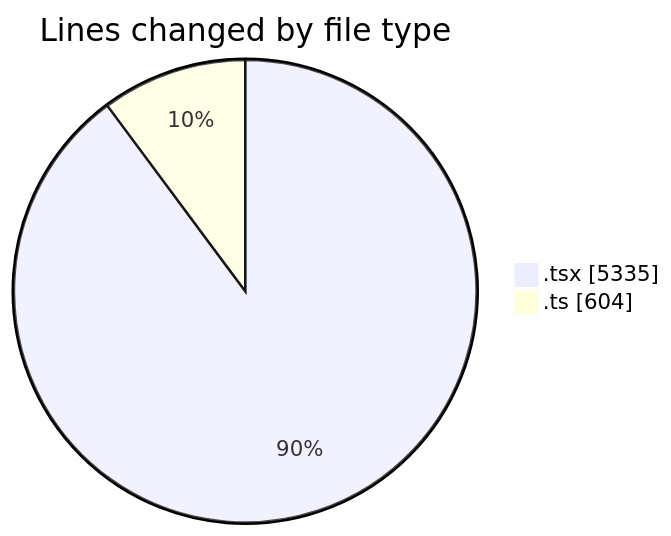
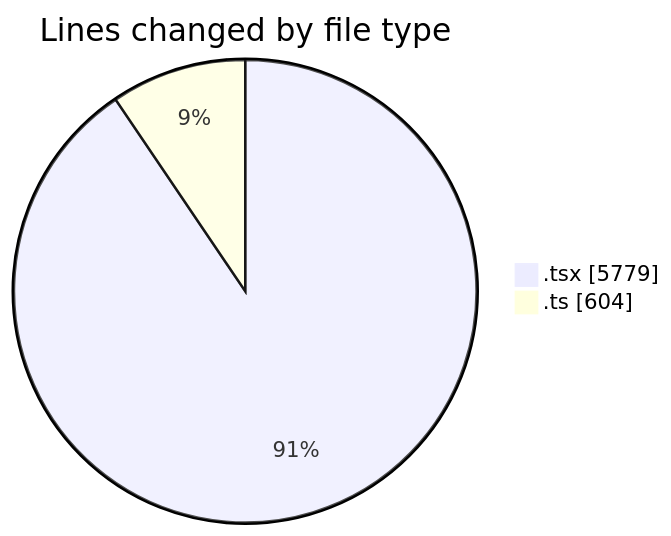
The first of 2 diagrams in 2026-03-15/nxtqube_webapp/README.md (nxtqubesakshisongat/code-tracking), drawn with Mermaid before and after one commit. The commit also changed other lines of this file and 1 other file, not shown here.

````diff
--- a/2026-03-15/nxtqube_webapp/README.md
+++ b/2026-03-15/nxtqube_webapp/README.md
@@ -32,6 +33,6 @@
 ```mermaid
 pie showData
 title Lines changed by file type
-".tsx" : 5335
+".tsx" : 5779
 ".ts" : 604
 ```
````
